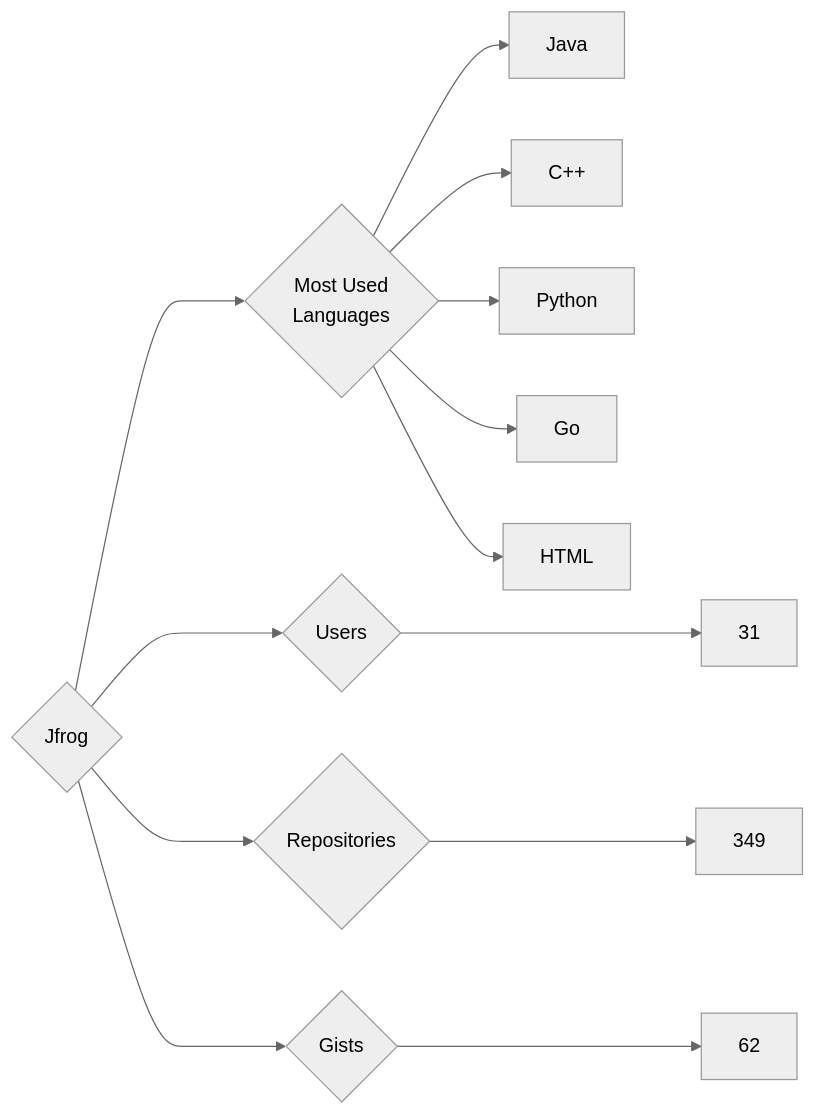
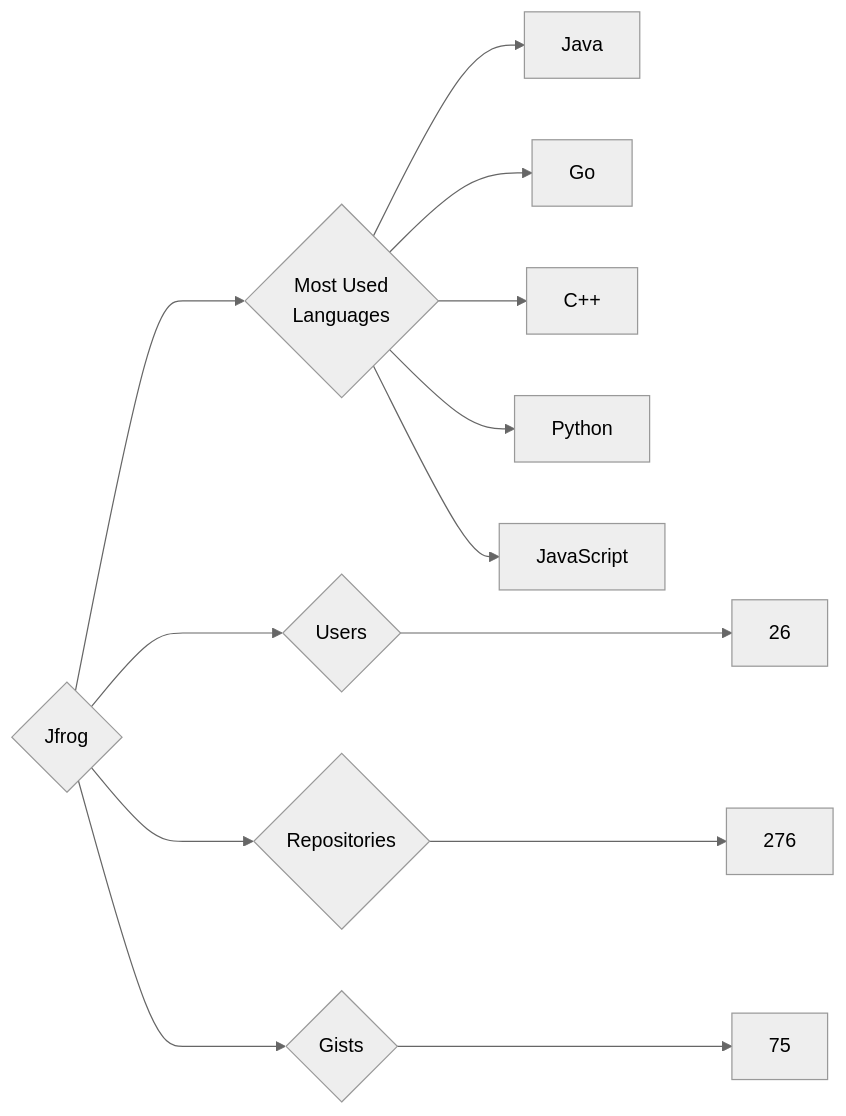
The diagram in targets/Jfrog/README.md (trickest/insiders), drawn with Mermaid (neutral theme) before and after one commit. The commit also changed 752 other files, not shown here.

````diff
--- a/targets/Jfrog/README.md
+++ b/targets/Jfrog/README.md
@@ -3,13 +3,13 @@
 ```mermaid
 graph LR
 COMPANY_NAME{Jfrog}
-COMPANY_NAME ---> U{Users} ---> UN[31]
-COMPANY_NAME ---> R{Repositories} ---> RN[349]
-COMPANY_NAME ---> G{Gists} ---> GN[62]
+COMPANY_NAME ---> U{Users} ---> UN[26]
+COMPANY_NAME ---> R{Repositories} ---> RN[276]
+COMPANY_NAME ---> G{Gists} ---> GN[75]
 COMPANY_NAME ---> ML{Most Used<br>Languages}
 ML --> Java[Java]
+ML --> Go[Go]
 ML --> C++[C++]
 ML --> Python[Python]
-ML --> Go[Go]
-ML --> HTML[HTML]
+ML --> JavaScript[JavaScript]
 ```
````
